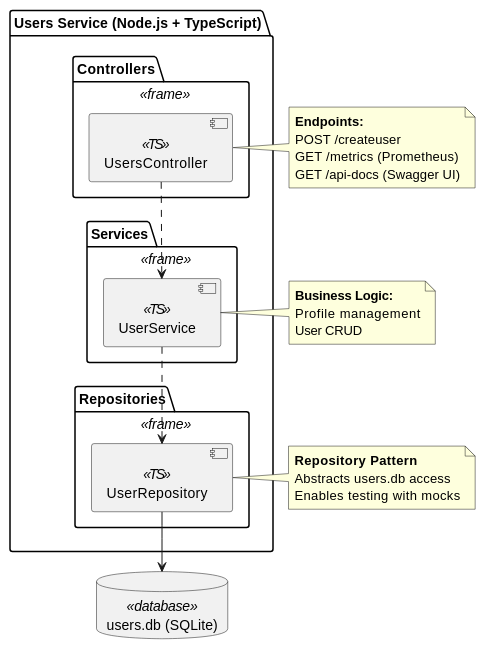
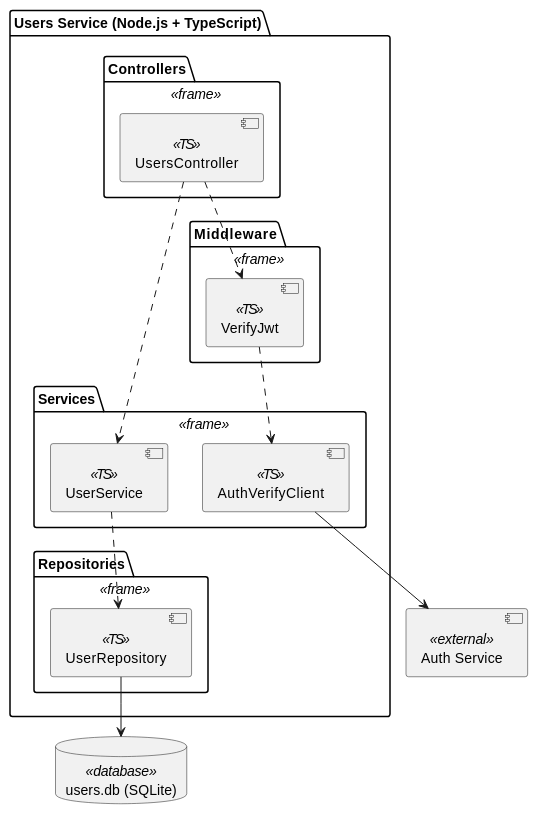
Before and after one commit to Arquisoft/yovi_es1c: the third of 5 diagrams in docs/src/05_building_block_view.adoc, drawn with PlantUML. The commit also changed other lines of this file and 10 other files, not shown here.

```diff
--- a/docs/src/05_building_block_view.adoc
+++ b/docs/src/05_building_block_view.adoc
@@ -302,45 +227,35 @@
 [plantuml, level2-users, png]
 ----
 @startuml
 package "Users Service (Node.js + TypeScript)" {
 
   package "Controllers" <<frame>> {
     component [UsersController] <<TS>>
   }
 
   package "Services" <<frame>> {
     component [UserService] <<TS>>
+    component [AuthVerifyClient] <<TS>>
   }
 
   package "Repositories" <<frame>> {
     component [UserRepository] <<TS>>
   }
+
+  package "Middleware" <<frame>> {
+    component [VerifyJwt] <<TS>>
+  }
 }
 
 database "users.db (SQLite)" as usersdb <<database>>
+component "Auth Service" as auth <<external>>
 
+[UsersController] ..> [VerifyJwt]
 [UsersController] ..> [UserService]
+[VerifyJwt] ..> [AuthVerifyClient]
 [UserService] ..> [UserRepository]
 [UserRepository] --> usersdb
-
-note right of [UsersController]
-  **Endpoints:**
-  POST /createuser
-  GET /metrics (Prometheus)
-  GET /api-docs (Swagger UI)
-end note
-
-note right of [UserService]
-  **Business Logic:**
-  Profile management
-  User CRUD
-end note
-
-note right of [UserRepository]
-  **Repository Pattern**
-  Abstracts users.db access
-  Enables testing with mocks
-end note
+[AuthVerifyClient] --> auth
 
 @enduml
 ----
```
